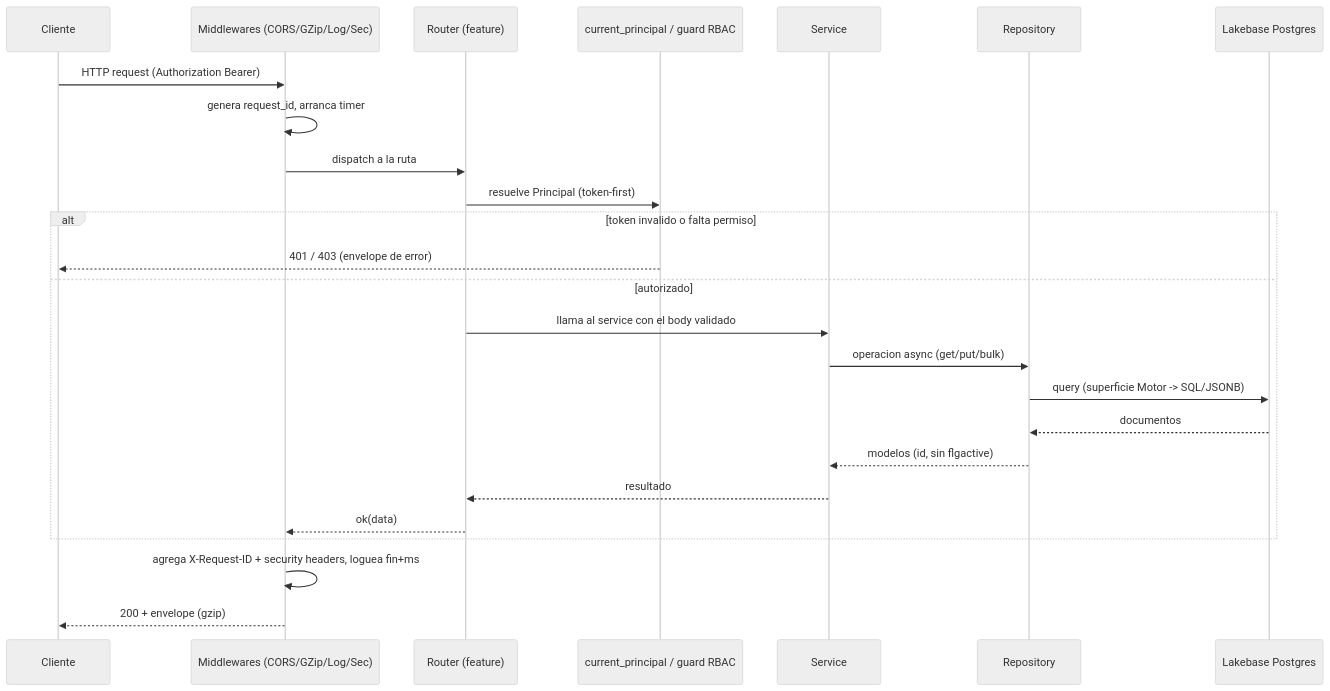
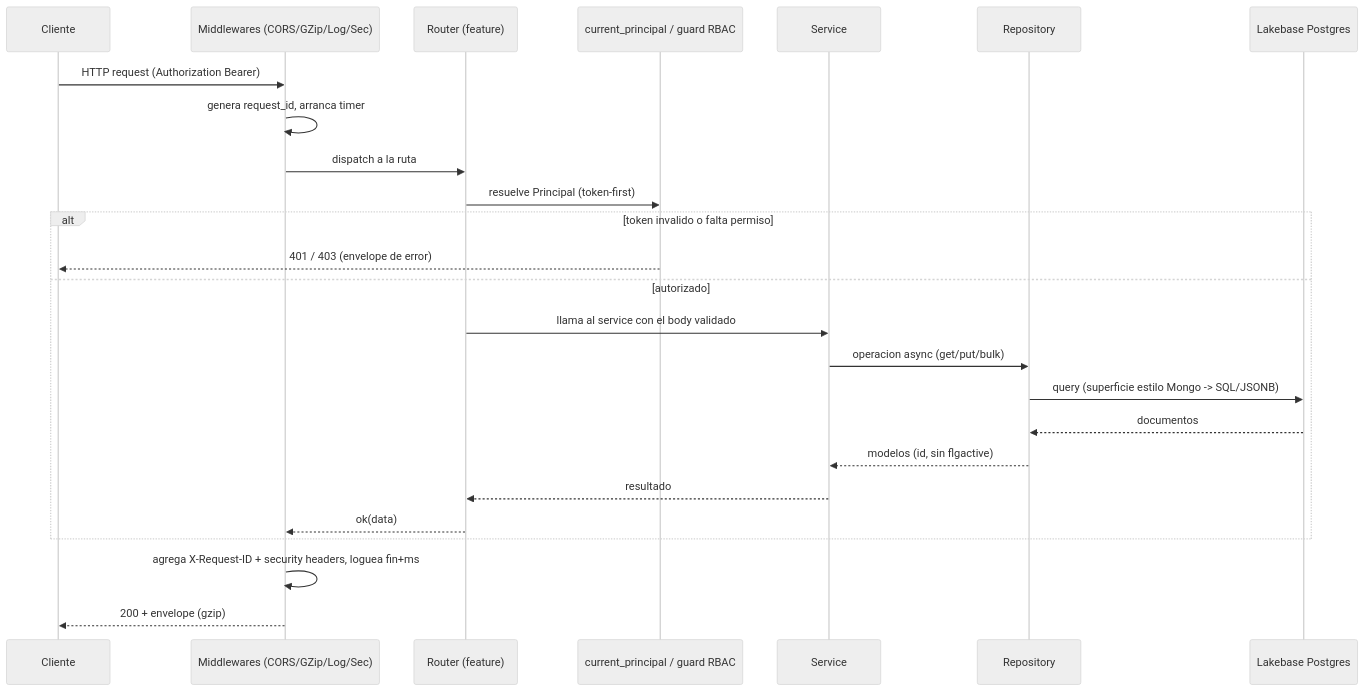
One commit to Carlosmps97/backend-data-model-hub changed the second of 7 diagrams in doc/arquitectura.md. Above: the diagram before and after it, drawn with Mermaid (neutral theme). The commit also changed other lines of this file and 20 other files, not shown here.

````diff
--- a/doc/arquitectura.md
+++ b/doc/arquitectura.md
@@ -251,28 +250,28 @@
 ```mermaid
 sequenceDiagram
     participant C as Cliente
     participant MW as Middlewares (CORS/GZip/Log/Sec)
     participant RT as Router (feature)
     participant AUTH as current_principal / guard RBAC
     participant SV as Service
     participant RP as Repository
     participant DB as Lakebase Postgres
 
     C->>MW: HTTP request (Authorization Bearer)
     MW->>MW: genera request_id, arranca timer
     MW->>RT: dispatch a la ruta
     RT->>AUTH: resuelve Principal (token-first)
     alt token invalido o falta permiso
         AUTH-->>C: 401 / 403 (envelope de error)
     else autorizado
         RT->>SV: llama al service con el body validado
         SV->>RP: operacion async (get/put/bulk)
-        RP->>DB: query (superficie Motor -> SQL/JSONB)
+        RP->>DB: query (superficie estilo Mongo -> SQL/JSONB)
         DB-->>RP: documentos
         RP-->>SV: modelos (id, sin flgactive)
         SV-->>RT: resultado
         RT-->>MW: ok(data)
     end
     MW->>MW: agrega X-Request-ID + security headers, loguea fin+ms
     MW-->>C: 200 + envelope (gzip)
 ```
````
